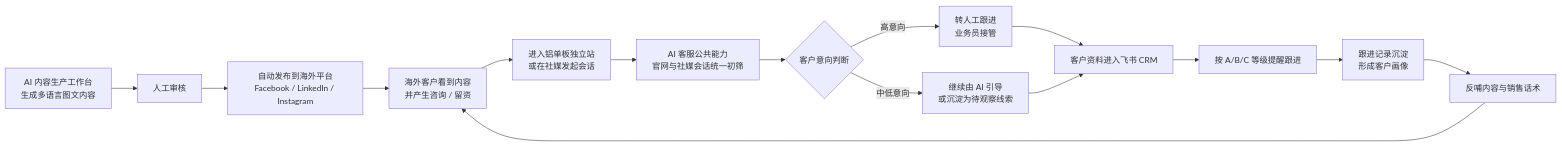
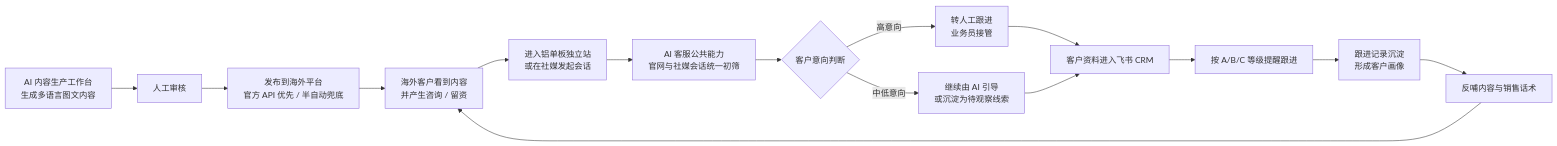
The first of 6 diagrams in docs/requirements/一期需求说明文档.md (jueyunai/ivybm), drawn with Mermaid before and after one commit. The commit also changed other lines of this file and 4 other files, not shown here.

````diff
--- a/docs/requirements/一期需求说明文档.md
+++ b/docs/requirements/一期需求说明文档.md
@@ -32,17 +34,17 @@
 ```mermaid
 flowchart LR
     P["AI 内容生产工作台<br/>生成多语言图文内容"] --> Q["人工审核"]
-    Q --> R["自动发布到海外平台<br/>Facebook / LinkedIn / Instagram"]
+    Q --> R["发布到海外平台<br/>官方 API 优先 / 半自动兜底"]
     R --> A["海外客户看到内容<br/>并产生咨询 / 留资"]
     A --> B["进入铝单板独立站<br/>或在社媒发起会话"]
     B --> C["AI 客服公共能力<br/>官网与社媒会话统一初筛"]
     C --> D{"客户意向判断"}
     D -->|高意向| E["转人工跟进<br/>业务员接管"]
     D -->|中低意向| F["继续由 AI 引导<br/>或沉淀为待观察线索"]
     E --> G["客户资料进入飞书 CRM"]
     F --> G
     G --> H["按 A/B/C 等级提醒跟进"]
     H --> I["跟进记录沉淀<br/>形成客户画像"]
     I --> J["反哺内容与销售话术"]
     J --> A
 ```
````
